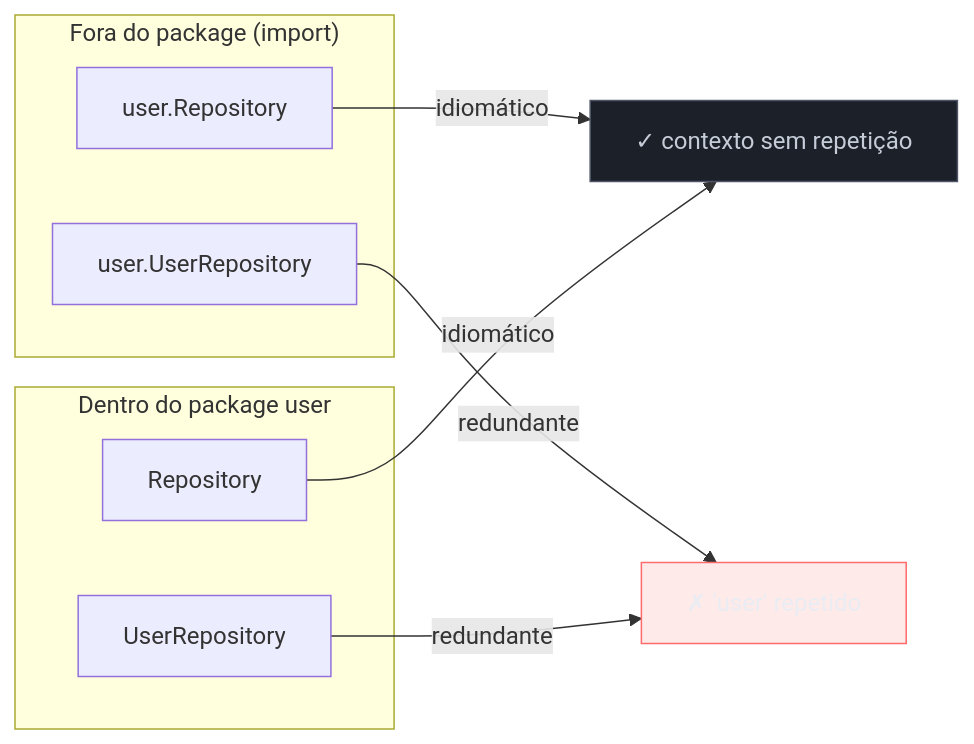
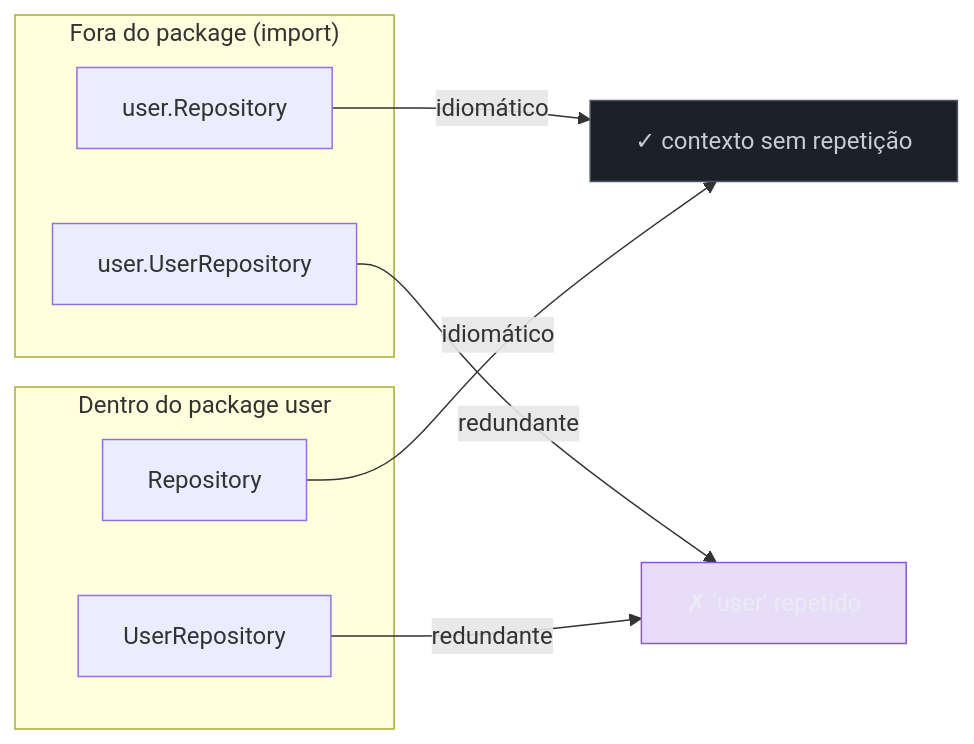
The first of 2 diagrams in 03-Dominios/Tecnologia/Go/20 - Go idiomático/02 - Naming e organização.md (josenaldo/codex-technomanticus), drawn with Mermaid before and after one commit. The commit also changed 601 other files, not shown here.

````diff
--- a/03-Dominios/Tecnologia/Go/20 - Go idiomático/02 - Naming e organização.md
+++ b/03-Dominios/Tecnologia/Go/20 - Go idiomático/02 - Naming e organização.md
@@ -51,21 +51,21 @@
 ```mermaid
 flowchart LR
+    classDef marca fill:#8855DF33,stroke:#8855DF,color:#E9ECF2
     classDef neutro fill:#1B2029,stroke:#4E5666,color:#C6CCD8
-    classDef falha fill:#FF6B6B24,stroke:#FF6B6B,color:#E9ECF2
     subgraph Fora["Fora do package (import)"]
         A["user.Repository"]
         B["user.UserRepository"]
     end
     subgraph Dentro["Dentro do package user"]
         C["Repository"]
         D["UserRepository"]
     end
 
     A -->|idiomático| OK["✓ contexto sem repetição"]
     B -->|redundante| BAD["✗ 'user' repetido"]
     C -->|idiomático| OK
     D -->|redundante| BAD
 
     class OK neutro
-    class BAD falha
+    class BAD marca
 ```
````
